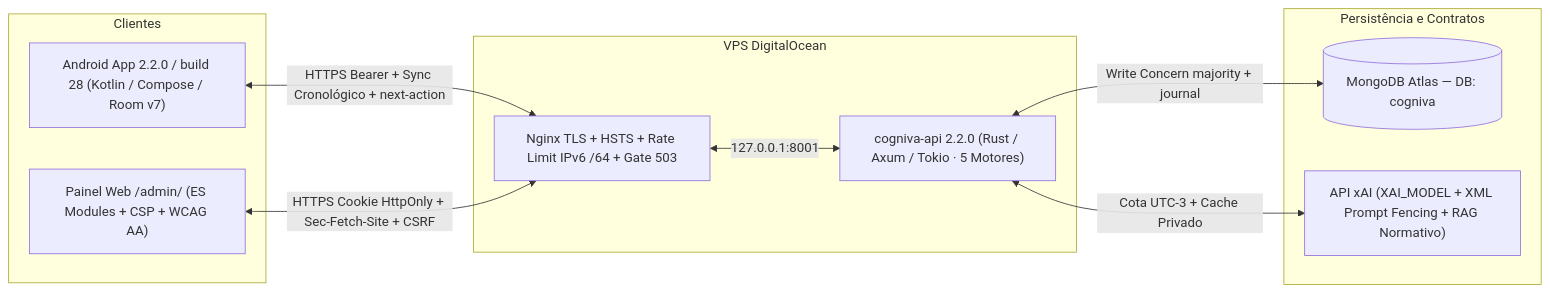
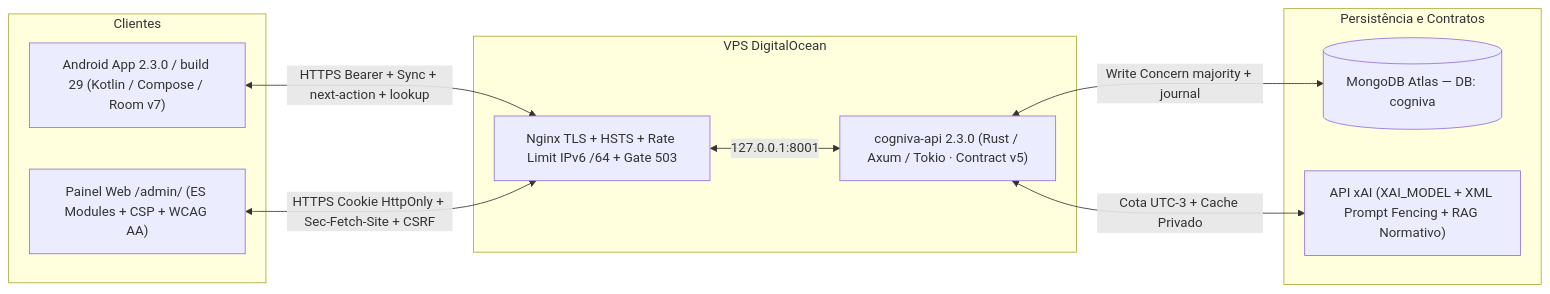
The diagram in docs/ARQUITETURA.md (danielcdes-create/cogniva), drawn with Mermaid before and after one commit. The commit also changed other lines of this file and 62 other files, not shown here.

Commit message:
feat(release): Cogniva 2.3.0 (build 29) - diagnostico 3 sinais (<15), simulador 300m sob incerteza, protocolo 60s e consulta em camada

````diff
--- a/docs/ARQUITETURA.md
+++ b/docs/ARQUITETURA.md
@@ -9,23 +9,23 @@
 ```mermaid
 flowchart LR
   subgraph Clientes
-    AND["Android App 2.2.0 / build 28 (Kotlin / Compose / Room v7)"]
+    AND["Android App 2.3.0 / build 29 (Kotlin / Compose / Room v7)"]
     ADM["Painel Web /admin/ (ES Modules + CSP + WCAG AA)"]
   end
 
   subgraph Servidor["VPS DigitalOcean"]
     NGX["Nginx TLS + HSTS + Rate Limit IPv6 /64 + Gate 503"]
-    API["cogniva-api 2.2.0 (Rust / Axum / Tokio · 5 Motores)"]
+    API["cogniva-api 2.3.0 (Rust / Axum / Tokio · Contract v5)"]
   end
 
   subgraph Dados["Persistência e Contratos"]
     MDB[("MongoDB Atlas — DB: cogniva")]
     XAI["API xAI (XAI_MODEL + XML Prompt Fencing + RAG Normativo)"]
   end
 
-  AND <-->|"HTTPS Bearer + Sync Cronológico + next-action"| NGX
+  AND <-->|"HTTPS Bearer + Sync + next-action + lookup"| NGX
   ADM <-->|"HTTPS Cookie HttpOnly + Sec-Fetch-Site + CSRF"| NGX
   NGX <-->|"127.0.0.1:8001"| API
   API <-->|"Write Concern majority + journal"| MDB
   API <-->|"Cota UTC-3 + Cache Privado"| XAI
 ```
````
